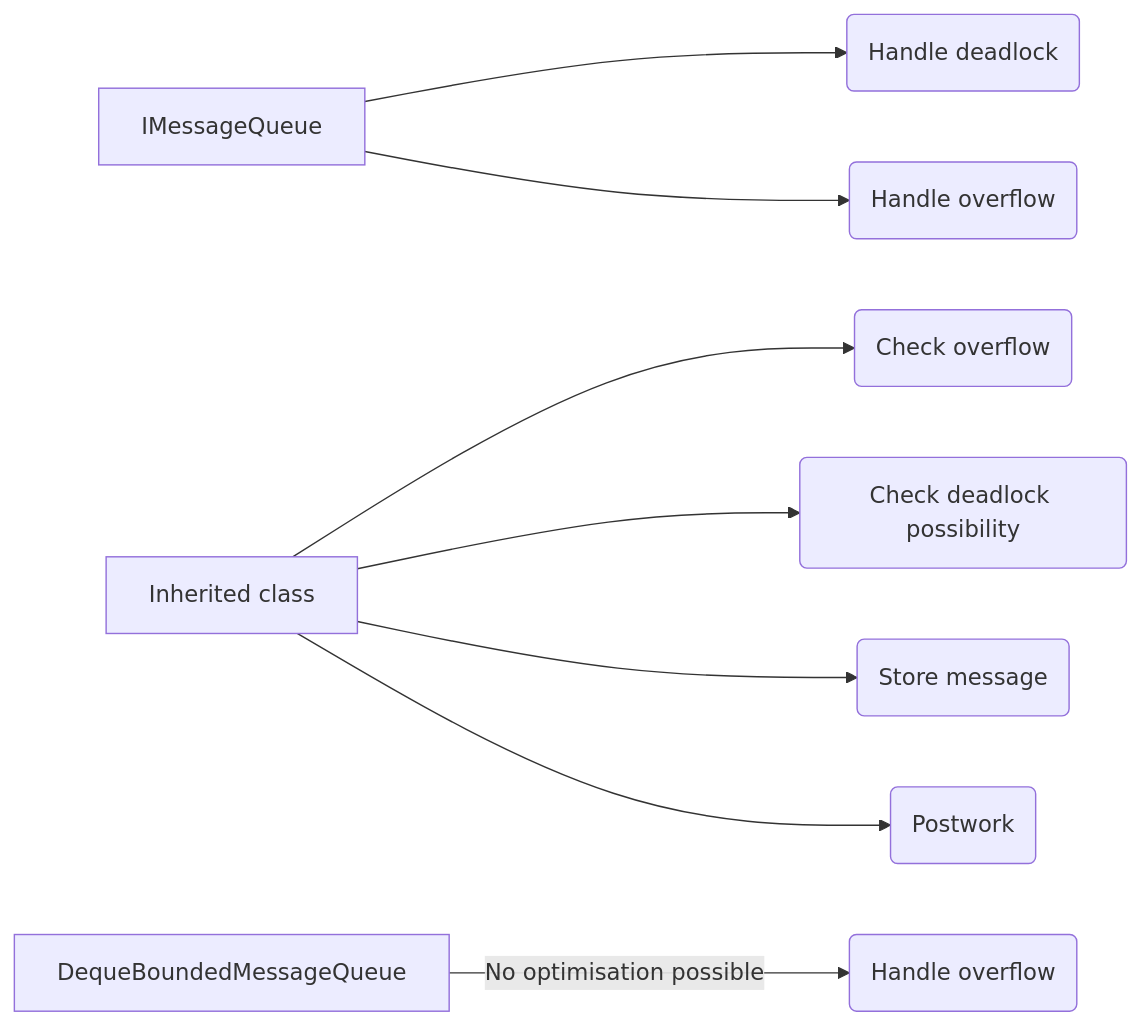
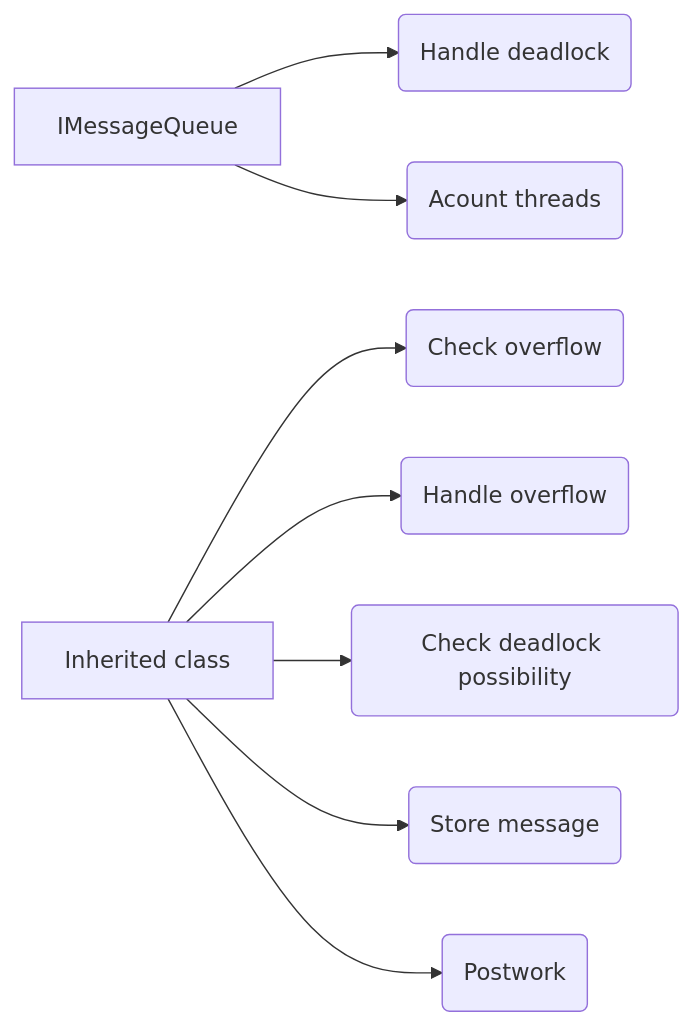
One commit to R185/message_queue_practical changed the third of 3 diagrams in ADR.md. Above: the diagram before and after it, drawn with Mermaid. The commit also changed other lines of this file, not shown here.

````diff
--- a/ADR.md
+++ b/ADR.md
@@ -129,11 +132,10 @@
 ``` mermaid
 flowchart LR
     A[IMessageQueue] --> M3(Handle deadlock)
-    A --> M4(Handle overflow)
+    A --> M0(Acount threads)
     B[Inherited class] --> M1(Check overflow)
+    B --> M4(Handle overflow)
     B --> M2(Check deadlock possibility)
     B --> M5(Store message)
     B --> M6(Postwork)
-
-    C[DequeBoundedMessageQueue] -->|No optimisation possible| M7(Handle overflow)
 ```
````
